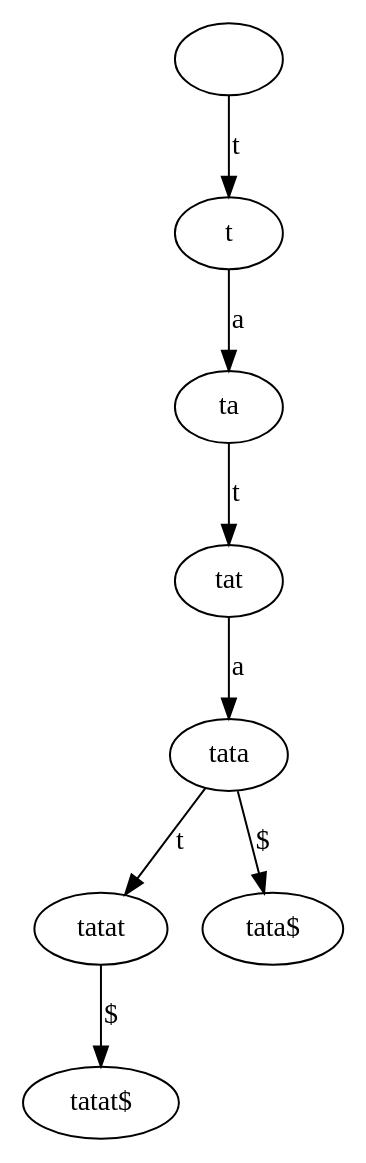
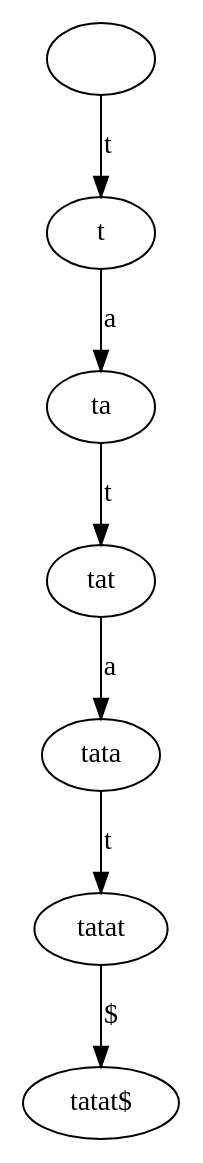
Before and after one commit to cmkobel/AiB: the diagram in project_7_suffix_trees/test-output/suffix tree.gv, drawn with Graphviz. The commit also changed 4 other files, not shown here.

```diff
--- a/project_7_suffix_trees/test-output/suffix tree.gv
+++ b/project_7_suffix_trees/test-output/suffix tree.gv
@@ -1,18 +1,16 @@
 // Suffix tree
 digraph {
 	"|" [label=""]
 	"t|t" [label=t]
 	"a|ta" [label=ta]
 	"t|tat" [label=tat]
 	"a|tata" [label=tata]
 	"t|tatat" [label=tatat]
 	"$|tatat$" [label="tatat$"]
 	"t|tatat" -> "$|tatat$" [label="$"]
 	"a|tata" -> "t|tatat" [label=t]
-	"$|tata$" [label="tata$"]
-	"a|tata" -> "$|tata$" [label="$"]
 	"t|tat" -> "a|tata" [label=a]
 	"a|ta" -> "t|tat" [label=t]
 	"t|t" -> "a|ta" [label=a]
 	"|" -> "t|t" [label=t]
 }
```
